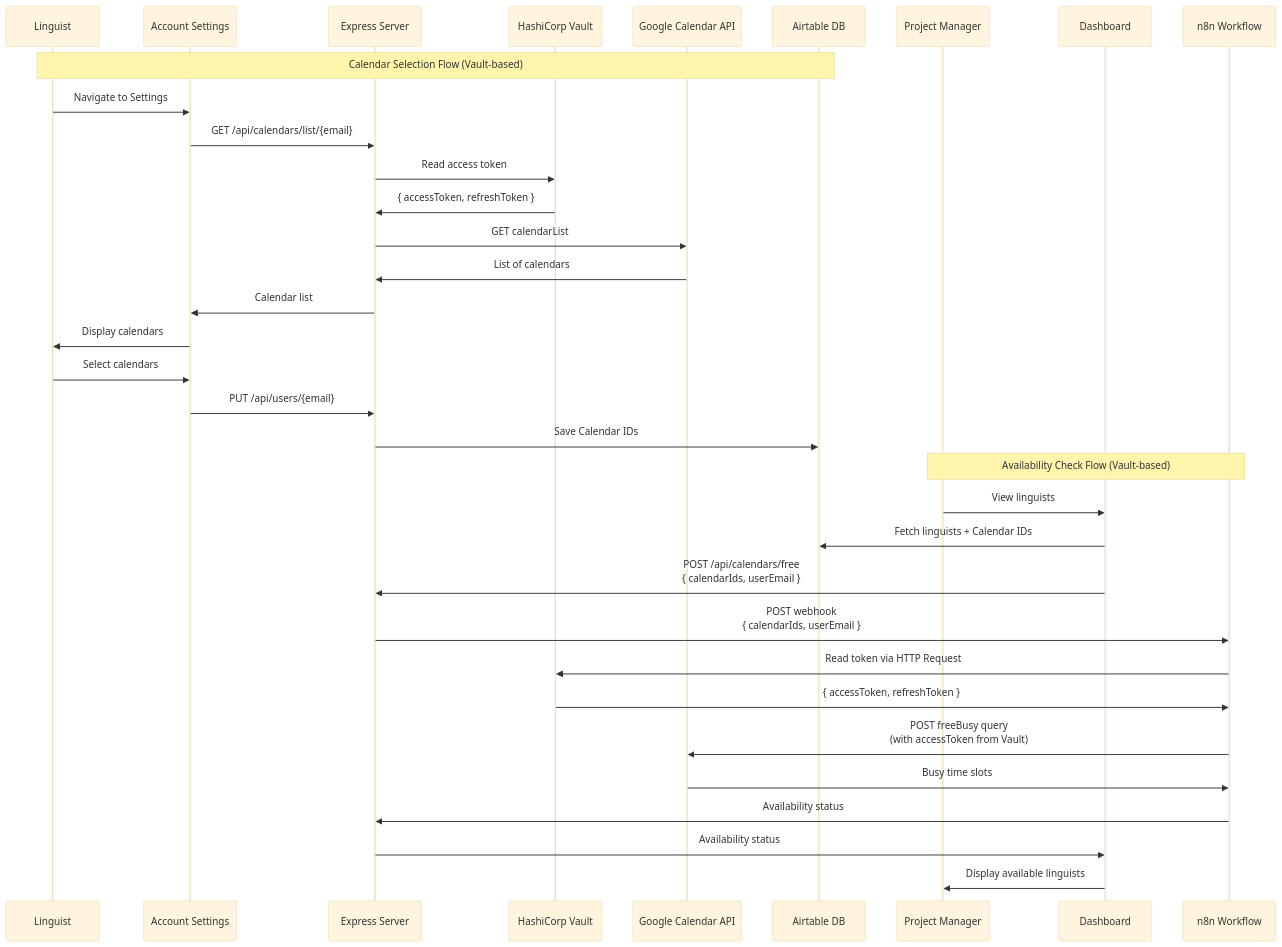
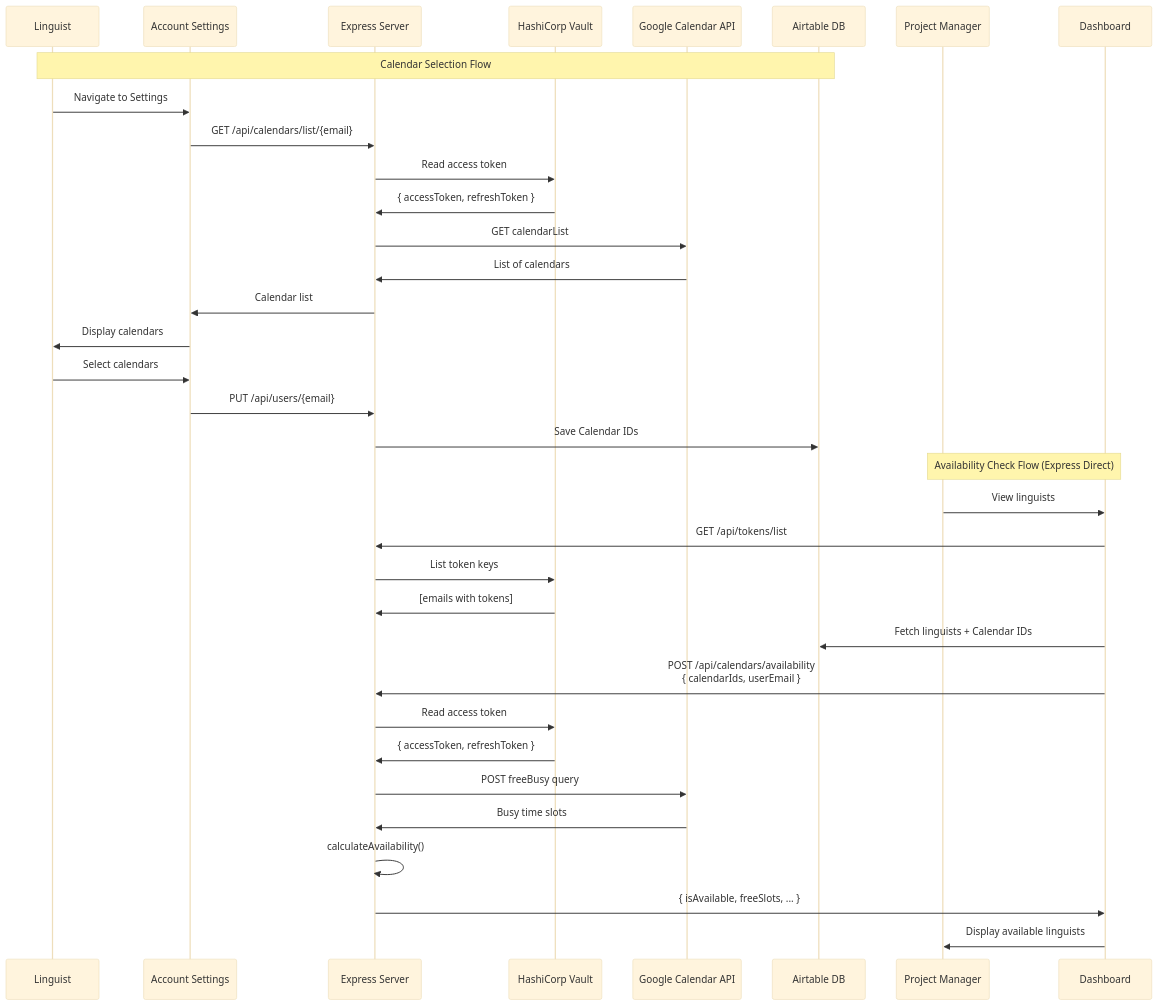
One commit to nicmart-dev/linguistnow changed the first of 2 diagrams in docs/integration-of-google-calendar-api.md. Above: the diagram before and after it, drawn with Mermaid (base theme). The commit also changed other lines of this file and 38 other files, not shown here.

First line of the commit message:
refactor(server): move availability calculation from n8n to Express

````diff
--- a/docs/integration-of-google-calendar-api.md
+++ b/docs/integration-of-google-calendar-api.md
@@ -18,38 +15,39 @@
 ```mermaid
 sequenceDiagram
     participant Linguist
     participant Settings as Account Settings
     participant Server as Express Server
     participant Vault as HashiCorp Vault
     participant Google as Google Calendar API
     participant Airtable as Airtable DB
     participant PM as Project Manager
     participant Dashboard
-    participant n8n as n8n Workflow
 
-    Note over Linguist,Airtable: Calendar Selection Flow (Vault-based)
+    Note over Linguist,Airtable: Calendar Selection Flow
     Linguist->>Settings: Navigate to Settings
     Settings->>Server: GET /api/calendars/list/{email}
     Server->>Vault: Read access token
     Vault->>Server: { accessToken, refreshToken }
     Server->>Google: GET calendarList
     Google->>Server: List of calendars
     Server->>Settings: Calendar list
     Settings->>Linguist: Display calendars
     Linguist->>Settings: Select calendars
     Settings->>Server: PUT /api/users/{email}
     Server->>Airtable: Save Calendar IDs
 
-    Note over PM,n8n: Availability Check Flow (Vault-based)
+    Note over PM,Dashboard: Availability Check Flow (Express Direct)
     PM->>Dashboard: View linguists
+    Dashboard->>Server: GET /api/tokens/list
+    Server->>Vault: List token keys
+    Vault->>Server: [emails with tokens]
     Dashboard->>Airtable: Fetch linguists + Calendar IDs
-    Dashboard->>Server: POST /api/calendars/free<br/>{ calendarIds, userEmail }
-    Server->>n8n: POST webhook<br/>{ calendarIds, userEmail }
-    n8n->>Vault: Read token via HTTP Request
-    Vault->>n8n: { accessToken, refreshToken }
-    n8n->>Google: POST freeBusy query<br/>(with accessToken from Vault)
-    Google->>n8n: Busy time slots
-    n8n->>Server: Availability status
-    Server->>Dashboard: Availability status
+    Dashboard->>Server: POST /api/calendars/availability<br/>{ calendarIds, userEmail }
+    Server->>Vault: Read access token
+    Vault->>Server: { accessToken, refreshToken }
+    Server->>Google: POST freeBusy query
+    Google->>Server: Busy time slots
+    Server->>Server: calculateAvailability()
+    Server->>Dashboard: { isAvailable, freeSlots, ... }
     Dashboard->>PM: Display available linguists
 ```
````
